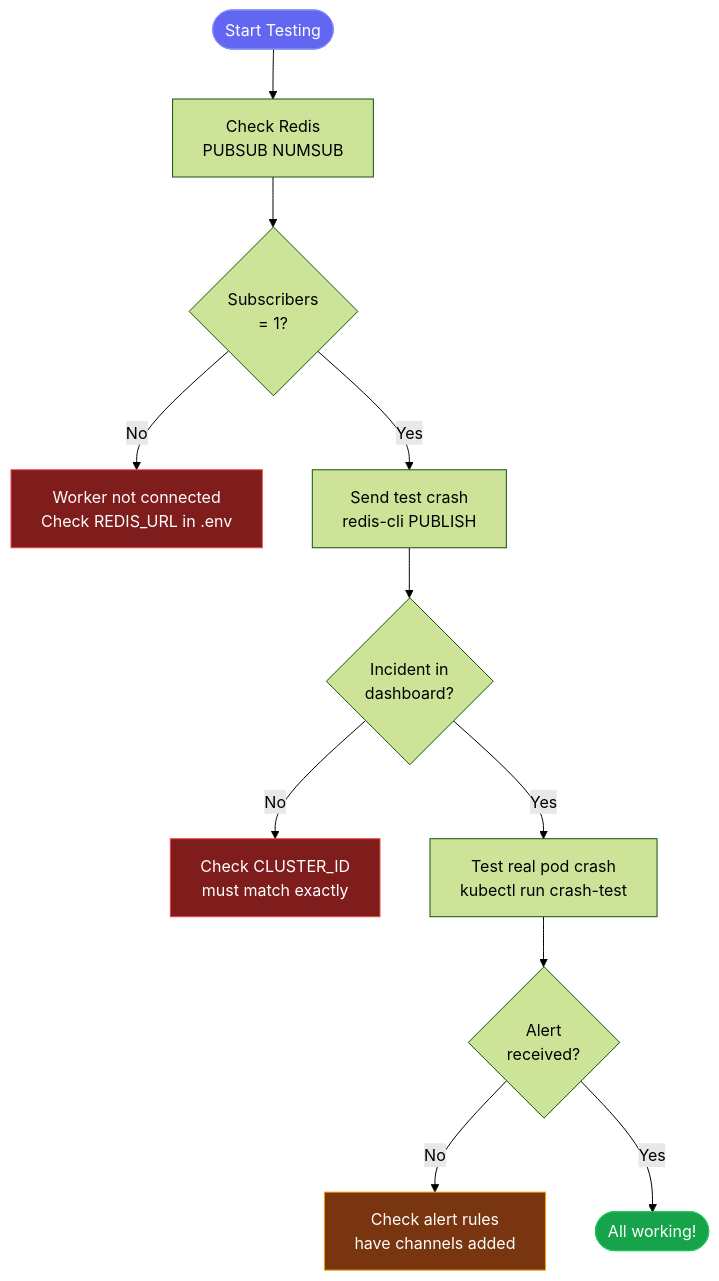
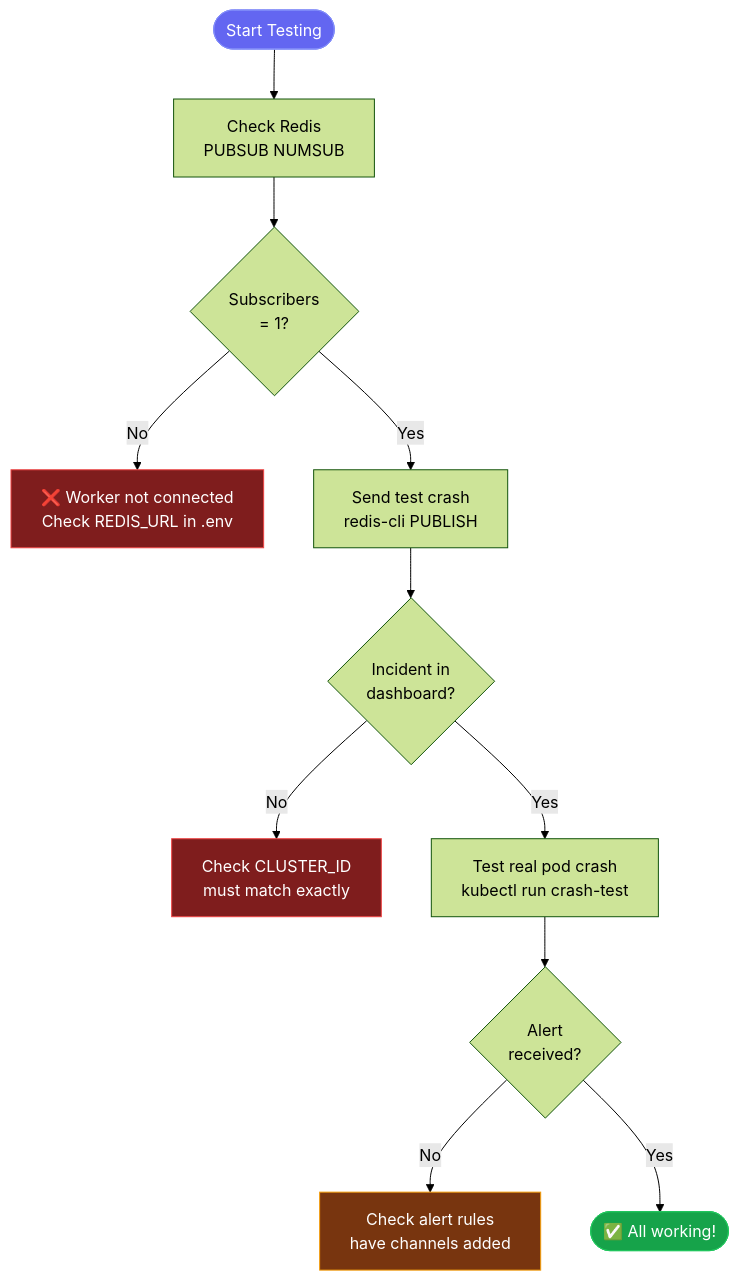
One commit to Akshatsainiaks/srevox changed the eighth of 10 diagrams in README.md. Above: the diagram before and after it, drawn with Mermaid (forest theme). The commit also changed other lines of this file, not shown here.

````diff
--- a/README.md
+++ b/README.md
@@ -788,19 +788,19 @@
 ```mermaid
 flowchart TD
     A([Start Testing]) --> B[Check Redis\nPUBSUB NUMSUB]
     B --> C{Subscribers\n= 1?}
-    C -->|No| D[Worker not connected\nCheck REDIS_URL in .env]
+    C -->|No| D[❌ Worker not connected\nCheck REDIS_URL in .env]
     C -->|Yes| E[Send test crash\nredis-cli PUBLISH]
     E --> F{Incident in\ndashboard?}
     F -->|No| G[Check CLUSTER_ID\nmust match exactly]
     F -->|Yes| H[Test real pod crash\nkubectl run crash-test]
     H --> I{Alert\nreceived?}
     I -->|No| J[Check alert rules\nhave channels added]
-    I -->|Yes| K([All working!])
+    I -->|Yes| K([✅ All working!])
 
     style A fill:#6366f1,stroke:#818cf8,color:#fff
     style K fill:#16a34a,stroke:#22c55e,color:#fff
     style D fill:#7f1d1d,stroke:#ef4444,color:#fff
     style G fill:#7f1d1d,stroke:#ef4444,color:#fff
     style J fill:#78350f,stroke:#f59e0b,color:#fff
 ```
````
